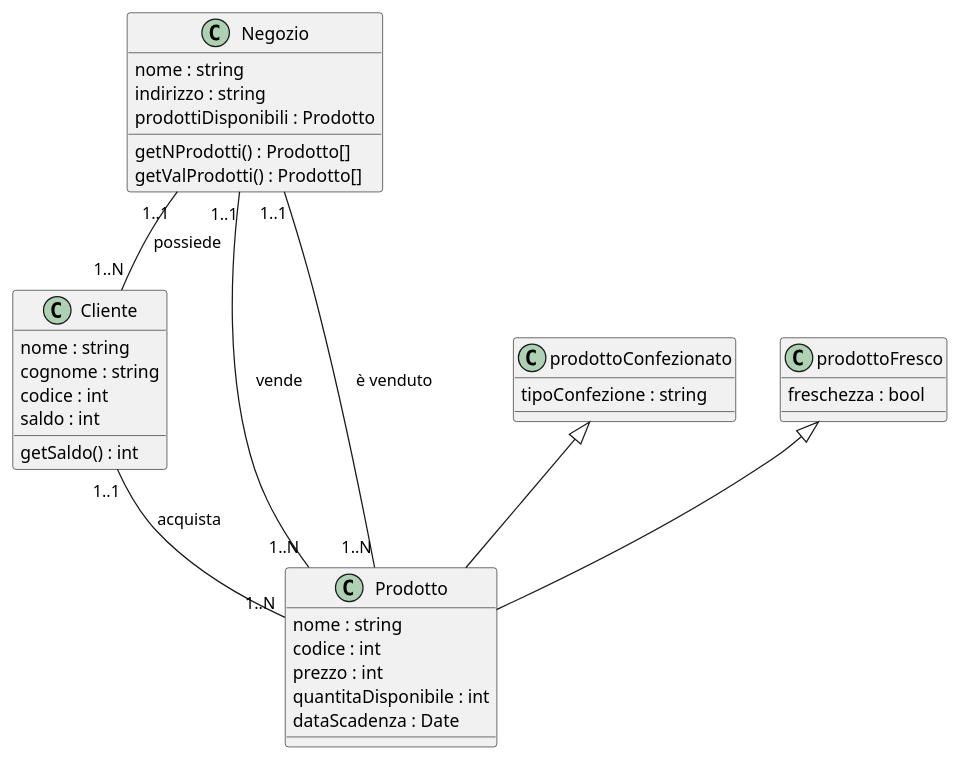
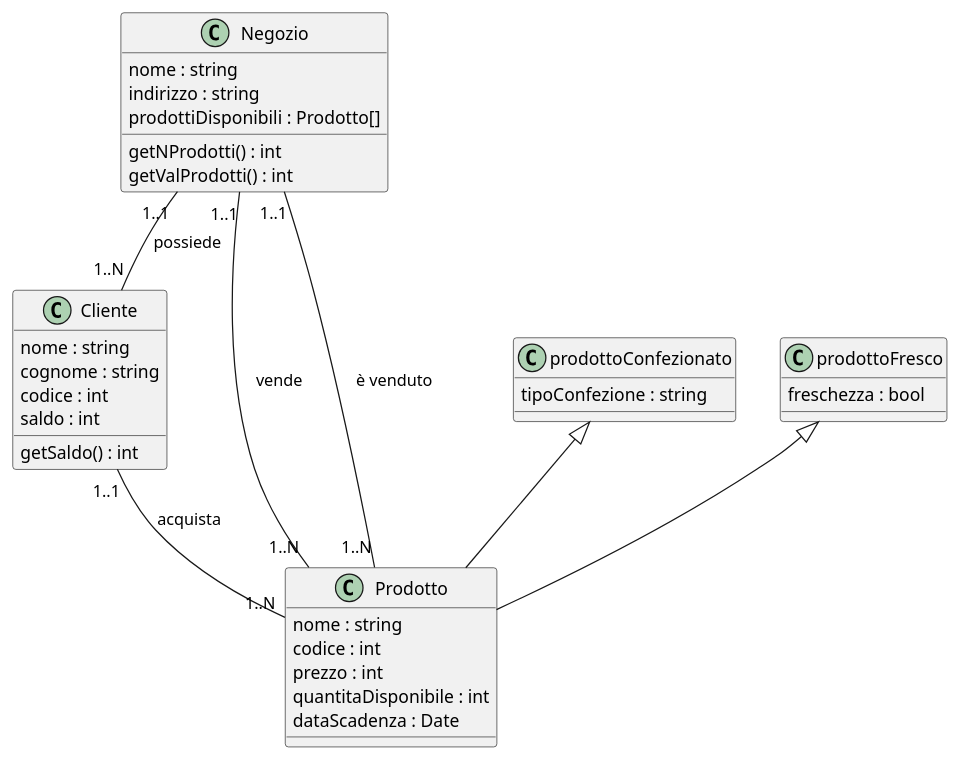
One commit to AliBarakovic/negozio_di_alimentari_gruppo_1 changed the diagram in README.md. Above: the diagram before and after it, drawn with PlantUML.

````diff
--- a/README.md
+++ b/README.md
@@ -32,44 +32,44 @@
 ``` plantUml
 @startuml
 class Negozio{
   nome : string
   indirizzo : string
-  prodottiDisponibili : Prodotto
+  prodottiDisponibili : Prodotto[]
 
-  getNProdotti() : Prodotto[]
-  getValProdotti() : Prodotto[]
+  getNProdotti() : int
+  getValProdotti() : int
 }
 
 class Cliente{
   nome : string
   cognome : string
   codice : int
   saldo : int
   
   getSaldo() : int
 }
 
 class Prodotto{
   nome : string
   codice : int
   prezzo : int
   quantitaDisponibile : int
   dataScadenza : Date
   
 }
 class prodottoConfezionato{
 tipoConfezione : string
 }
 class prodottoFresco{
 freschezza : bool
   'se freschezza è true significa che il prodotto è fresco, false significa che il prodotto non è fresco'
 }
 
 Negozio "1..1"--"1..N" Cliente : possiede
 Cliente "1..1" -- "1..N" Prodotto : acquista
 Prodotto "1..N"--"1..1" Negozio : è venduto
 Negozio "1..1"-- "1..N"Prodotto : vende
 prodottoConfezionato <|-- Prodotto
 prodottoFresco <|-- Prodotto
 @enduml
 ```
````
